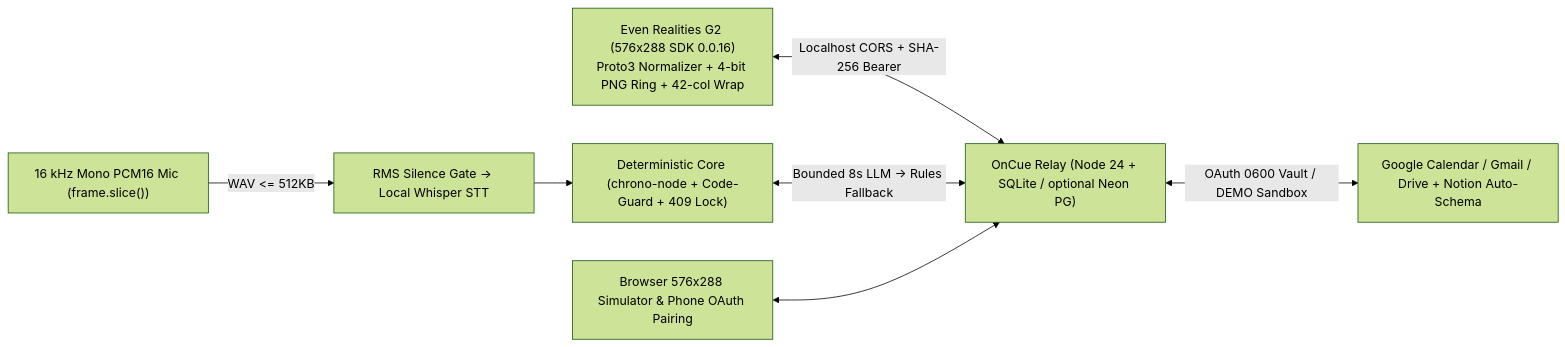
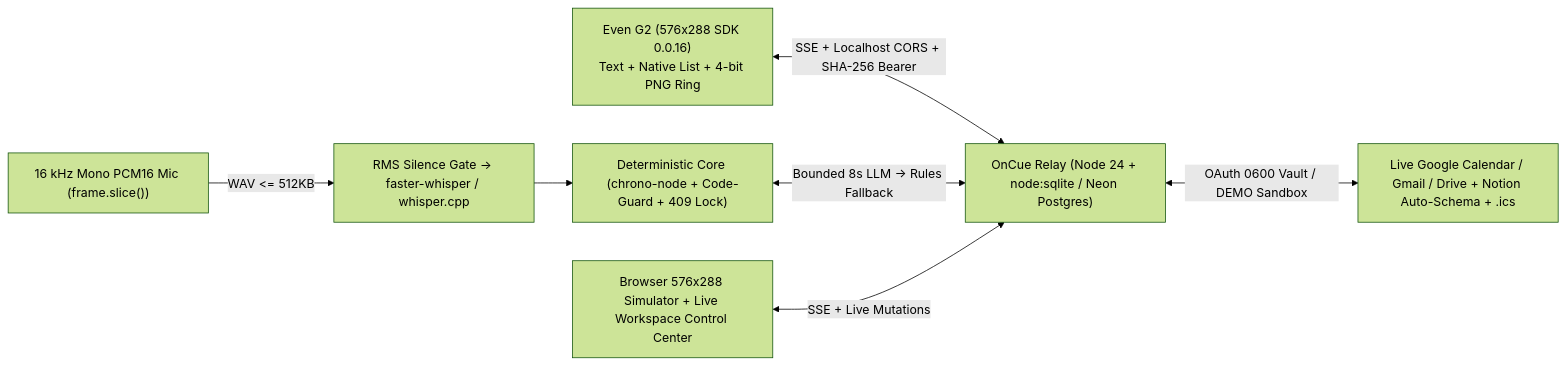
Before and after one commit to vaibhav4046/onq-even-g2: the diagram in README.md, drawn with Mermaid (forest theme). The commit also changed other lines of this file and 30 other files, not shown here.

Commit message:
feat: upgrade OnCue to full live product (GCal/Gmail/Notion/ICS/faster-whisper/Postgres/SSE/ListContainer)

````diff
--- a/README.md
+++ b/README.md
@@ -44,16 +53,16 @@
 ```mermaid
 flowchart LR
-  G2["Even Realities G2 (576x288 SDK 0.0.16)\nProto3 Normalizer + 4-bit PNG Ring + 42-col Wrap"]
+  G2["Even G2 (576x288 SDK 0.0.16)\nText + Native List + 4-bit PNG Ring"]
   MIC["16 kHz Mono PCM16 Mic (frame.slice())"]
-  RELAY["OnCue Relay (Node 24 + SQLite / optional Neon PG)"]
-  STT["RMS Silence Gate -> Local Whisper STT"]
+  RELAY["OnCue Relay (Node 24 + node:sqlite / Neon Postgres)"]
+  STT["RMS Silence Gate -> faster-whisper / whisper.cpp"]
   CORE["Deterministic Core (chrono-node + Code-Guard + 409 Lock)"]
-  WS["Google Calendar / Gmail / Drive + Notion Auto-Schema"]
-  WEB["Browser 576x288 Simulator & Phone OAuth Pairing"]
+  WS["Live Google Calendar / Gmail / Drive + Notion Auto-Schema + .ics"]
+  WEB["Browser 576x288 Simulator + Live Workspace Control Center"]
 
-  G2 <-->|"Localhost CORS + SHA-256 Bearer"| RELAY
+  G2 <-->|"SSE + Localhost CORS + SHA-256 Bearer"| RELAY
   MIC -->|"WAV <= 512KB"| STT --> CORE
   CORE <-->|"Bounded 8s LLM -> Rules Fallback"| RELAY
   RELAY <-->|"OAuth 0600 Vault / DEMO Sandbox"| WS
-  WEB <--> RELAY
+  WEB <-->|"SSE + Live Mutations"| RELAY
 ```
````
